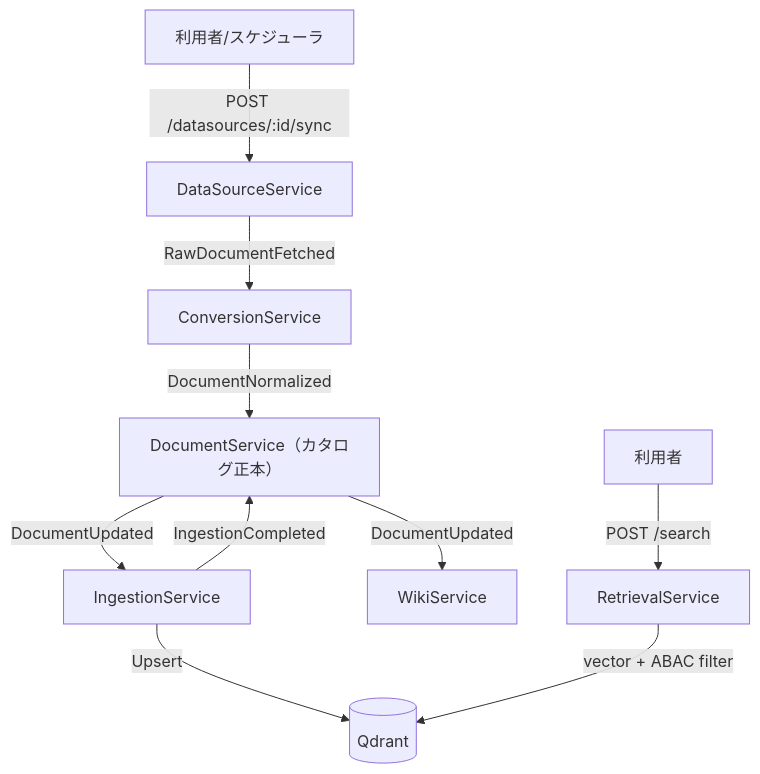
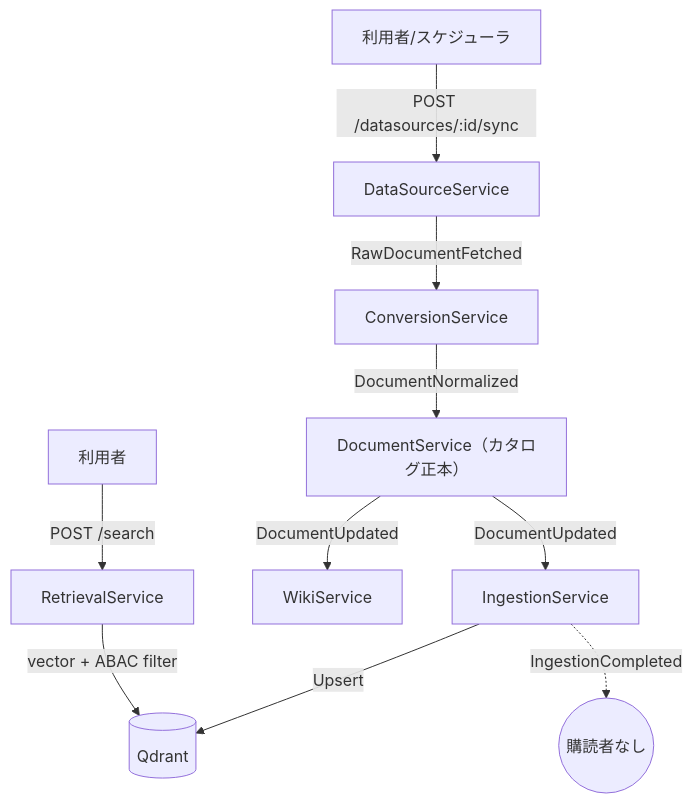
Before and after one commit to endazon/microservices-platform: the diagram in docs/functional/FR-01_data-source-catalog.md, drawn with Mermaid. The commit also changed other lines of this file and 8 other files, not shown here.

First line of the commit message:
docs(FR-01,FR-02,ADR-0027): IngestionCompleted は結線しないとの裁定に合わせ、機能仕様書から結線の約束を外す（#1771） (1849)

````diff
--- a/docs/functional/FR-01_data-source-catalog.md
+++ b/docs/functional/FR-01_data-source-catalog.md
@@ -48,12 +48,12 @@
 ```mermaid
 flowchart TB
   U[利用者/スケジューラ] -->|POST /datasources/:id/sync| DSS[DataSourceService]
   DSS -->|RawDocumentFetched| CONV[ConversionService]
   CONV -->|DocumentNormalized| DOC[DocumentService（カタログ正本）]
   DOC -->|DocumentUpdated| ING[IngestionService]
   DOC -->|DocumentUpdated| WIKI[WikiService]
   ING -->|Upsert| QD[(Qdrant)]
-  ING -->|IngestionCompleted| DOC
+  ING -.->|IngestionCompleted| NOSUB((購読者なし))
   CLI[利用者] -->|POST /search| RET[RetrievalService]
   RET -->|vector + ABAC filter| QD
 ```
````
